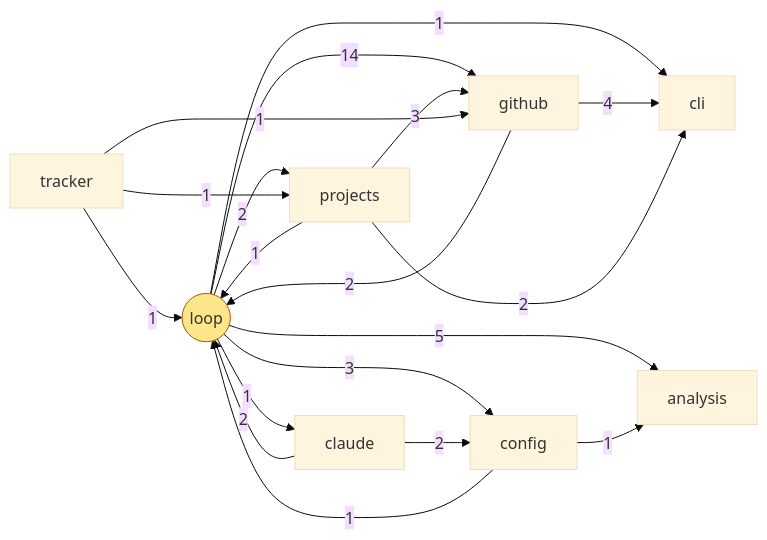
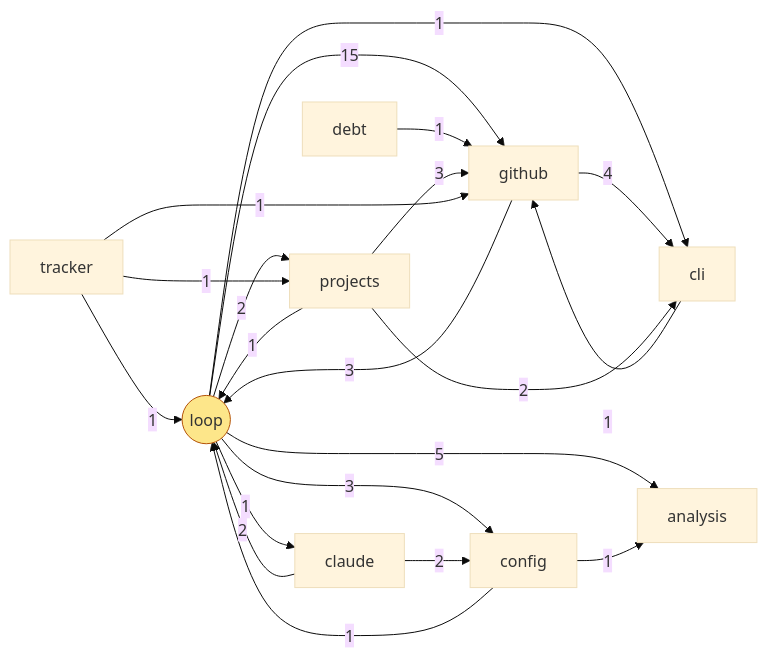
One commit to mfittko/dev-loops changed the sixth of 14 diagrams in docs/atlas/01-system-context.md. Above: the diagram before and after it, drawn with Mermaid (base theme). The commit also changed other lines of this file, not shown here.

````diff
--- a/docs/atlas/01-system-context.md
+++ b/docs/atlas/01-system-context.md
@@ -176,31 +176,34 @@
 ```mermaid
 flowchart LR
   loop((loop))
   github[github]
   config[config]
   claude[claude]
   projects[projects]
   tracker[tracker]
   analysis[analysis]
   cli[cli]
-  loop -->|14| github
-  github -->|2| loop
+  debt[debt]
+  loop -->|15| github
+  github -->|3| loop
   loop -->|5| analysis
   loop -->|3| config
   config -->|1| loop
   config -->|1| analysis
   loop -->|2| projects
   projects -->|1| loop
   loop -->|1| claude
   claude -->|2| loop
   claude -->|2| config
   loop -->|1| cli
   github -->|4| cli
+  cli -->|1| github
+  debt -->|1| github
   projects -->|3| github
   projects -->|2| cli
   tracker -->|1| github
   tracker -->|1| loop
   tracker -->|1| projects
   classDef hub fill:#fde68a,stroke:#b45309
   class loop hub
 ```
````
